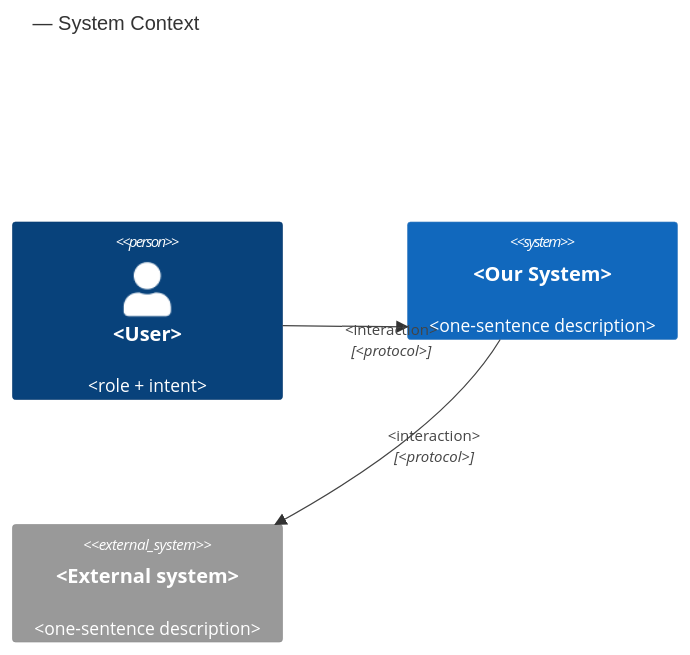
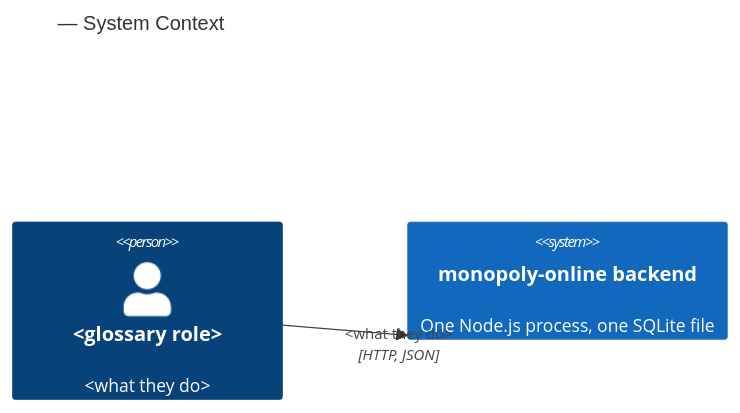
Before and after one commit to Kaavaal/monopoly-online: the first of 3 diagrams in .claude/skills/game-sad/templates/sad-template.md, drawn with Mermaid. The commit also changed other lines of this file and 15 other files, not shown here.

````diff
--- a/.claude/skills/game-sad/templates/sad-template.md
+++ b/.claude/skills/game-sad/templates/sad-template.md
@@ -93,11 +66,9 @@
 ```mermaid
 C4Context
-    title <system> — System Context
+    title <feature> — System Context
 
-    Person(user, "<User>", "<role + intent>")
-    System(system, "<Our System>", "<one-sentence description>")
-    System_Ext(ext, "<External system>", "<one-sentence description>")
+    Person(<role>, "<glossary role>", "<what they do>")
+    System(game, "monopoly-online backend", "One Node.js process, one SQLite file")
 
-    Rel(user, system, "<interaction>", "<protocol>")
-    Rel(system, ext, "<interaction>", "<protocol>")
+    Rel(<role>, game, "<what they do>", "HTTP, JSON")
 ```
````
